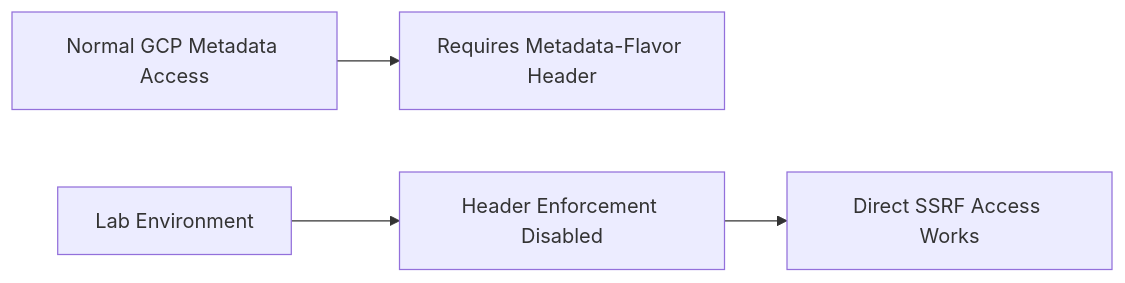
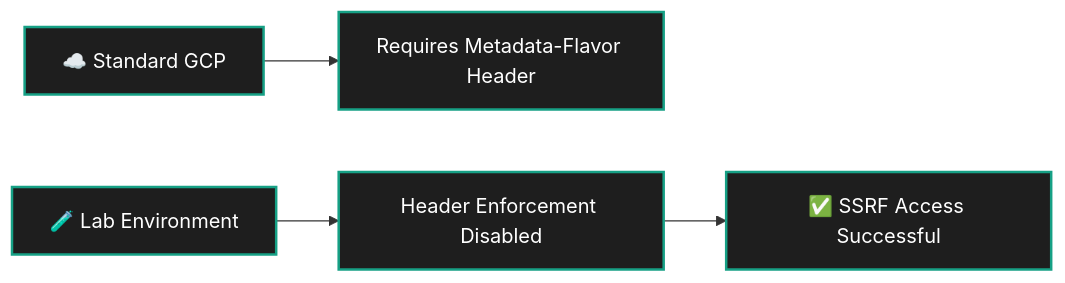
The tenth of 13 diagrams in Cloud_Security/Compute Engine Intrusion/solution.md (ashrithpeechara/infinity_learning), drawn with Mermaid before and after one commit. The commit also changed other lines of this file, not shown here.

````diff
--- a/Cloud_Security/Compute Engine Intrusion/solution.md
+++ b/Cloud_Security/Compute Engine Intrusion/solution.md
@@ -210,6 +246,10 @@
 ```mermaid
 flowchart LR
-    A[Normal GCP Metadata Access] --> B[Requires Metadata-Flavor Header]
-    C[Lab Environment] --> D[Header Enforcement Disabled]
-    D --> E[Direct SSRF Access Works]
+    A["☁️ Standard GCP"] --> B["Requires Metadata-Flavor Header"]
+
+    C["🧪 Lab Environment"] --> D["Header Enforcement Disabled"]
+
+    D --> E["✅ SSRF Access Successful"]
+
+    classDef default fill:#1e1e1e,stroke:#16a085,color:#ffffff,stroke-width:2px;
 ```
````
